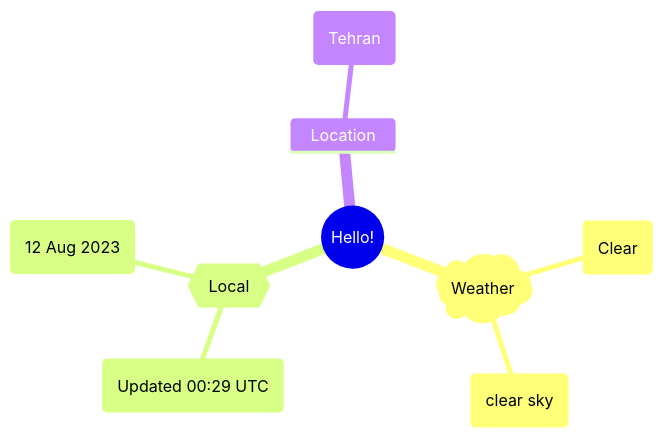
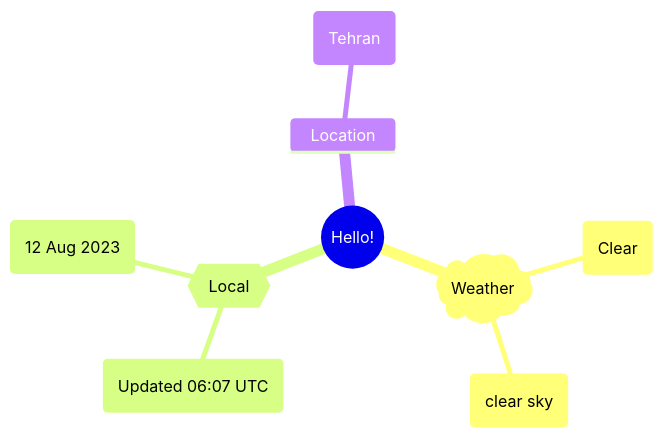
Before and after one commit to Xosrov/Xosrov: the first of 2 diagrams in README.md, drawn with Mermaid.

Commit message:
[bot] updated images

````diff
--- a/README.md
+++ b/README.md
@@ -3,12 +3,12 @@
 ```mermaid
 mindmap
   root((Hello!))
     )Weather(
         (Clear)
         (clear sky)
     {{Local}}
-        (Updated 00:29 UTC)
+        (Updated 06:07 UTC)
         (12 Aug 2023)
     Location
         (Tehran)
 ```
````
